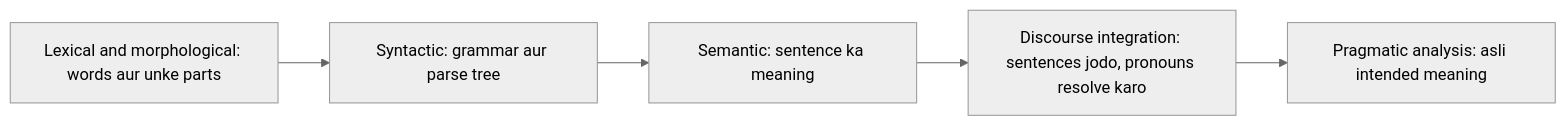
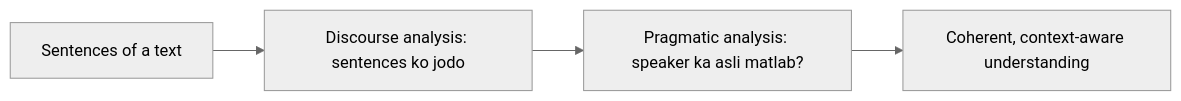
The first of 3 diagrams in content/natural-language-processing/notes/discourse-reference.hi.mdx (TrendySloth1001/sem-seven-notes), drawn with Mermaid (neutral theme) before and after one commit. The commit also changed other lines of this file and 406 other files, not shown here.

````diff
--- a/content/natural-language-processing/notes/discourse-reference.hi.mdx
+++ b/content/natural-language-processing/notes/discourse-reference.hi.mdx
@@ -70,8 +29,7 @@
 ```mermaid
-%% caption: NLP ki stages. Discourse integration (pichle sentences se ye sentence samjho) aur pragmatic analysis (speaker asal mein kya kehna chahta hai) sentence level se upar ki do stages hain. Ye GeeksforGeeks ke "Phases of NLP" figure ka idea redraw karta hai.
+%% caption: Is section ke do ideas. Discourse analysis sentences ko jodta hai; pragmatic analysis situation mein asli meaning padhta hai.
 flowchart LR
-  A["Lexical and morphological: words aur unke parts"] --> B["Syntactic: grammar aur parse tree"]
-  B --> C["Semantic: sentence ka meaning"]
-  C --> D["Discourse integration: sentences jodo, pronouns resolve karo"]
-  D --> E["Pragmatic analysis: asli intended meaning"]
+  A["Sentences of a text"] --> B["Discourse analysis: sentences ko jodo"]
+  B --> C["Pragmatic analysis: speaker ka asli matlab?"]
+  C --> D["Coherent, context-aware understanding"]
 ```
````
